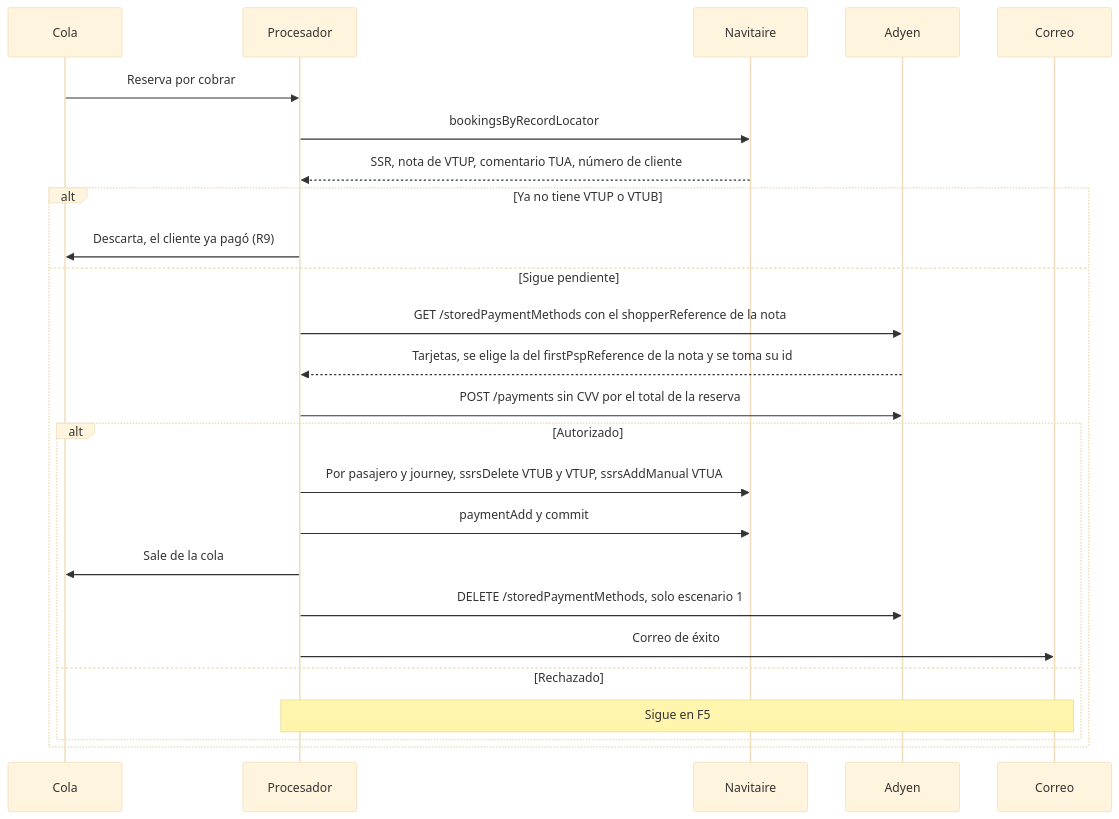
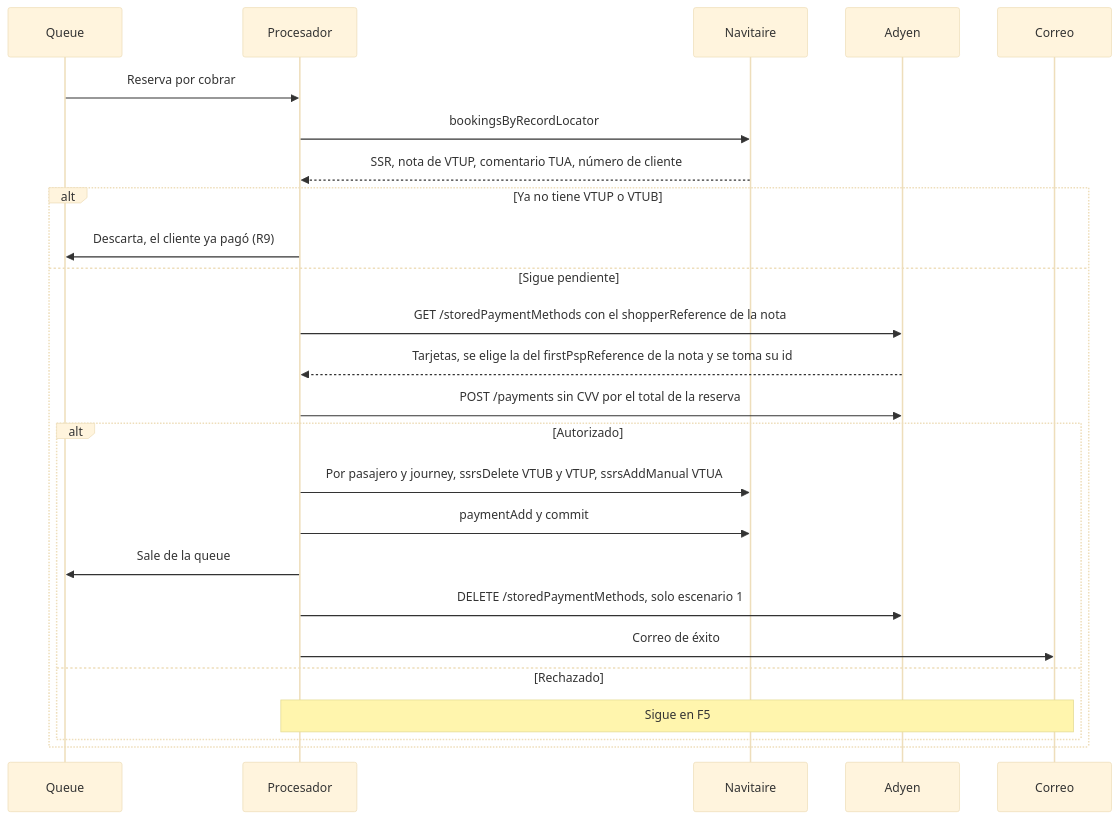
One commit to didierfrancogomez/propuestas changed the fourth of 8 diagrams in viva/propuestas/scheduled-payment/analisis.md. Above: the diagram before and after it, drawn with Mermaid (base theme). The commit also changed other lines of this file and 8 other files, not shown here.

Commit message:
pago programado: términos técnicos en inglés, event-driven architecture y tiempo y costo en equipo de trabajo

````diff
--- a/viva/propuestas/scheduled-payment/analisis.md
+++ b/viva/propuestas/scheduled-payment/analisis.md
@@ -176,27 +176,27 @@
 ```mermaid
 sequenceDiagram
-  participant Q as Cola
+  participant Q as Queue
   participant SC as Procesador
   participant NV as Navitaire
   participant AD as Adyen
   participant EM as Correo
   Q->>SC: Reserva por cobrar
   SC->>NV: bookingsByRecordLocator
   NV-->>SC: SSR, nota de VTUP, comentario TUA, número de cliente
   alt Ya no tiene VTUP o VTUB
     SC->>Q: Descarta, el cliente ya pagó (R9)
   else Sigue pendiente
     SC->>AD: GET /storedPaymentMethods con el shopperReference de la nota
     AD-->>SC: Tarjetas, se elige la del firstPspReference de la nota y se toma su id
     SC->>AD: POST /payments sin CVV por el total de la reserva
     alt Autorizado
       SC->>NV: Por pasajero y journey, ssrsDelete VTUB y VTUP, ssrsAddManual VTUA
       SC->>NV: paymentAdd y commit
-      SC->>Q: Sale de la cola
+      SC->>Q: Sale de la queue
       SC->>AD: DELETE /storedPaymentMethods, solo escenario 1
       SC->>EM: Correo de éxito
     else Rechazado
       Note over SC,EM: Sigue en F5
     end
   end
 ```
````
